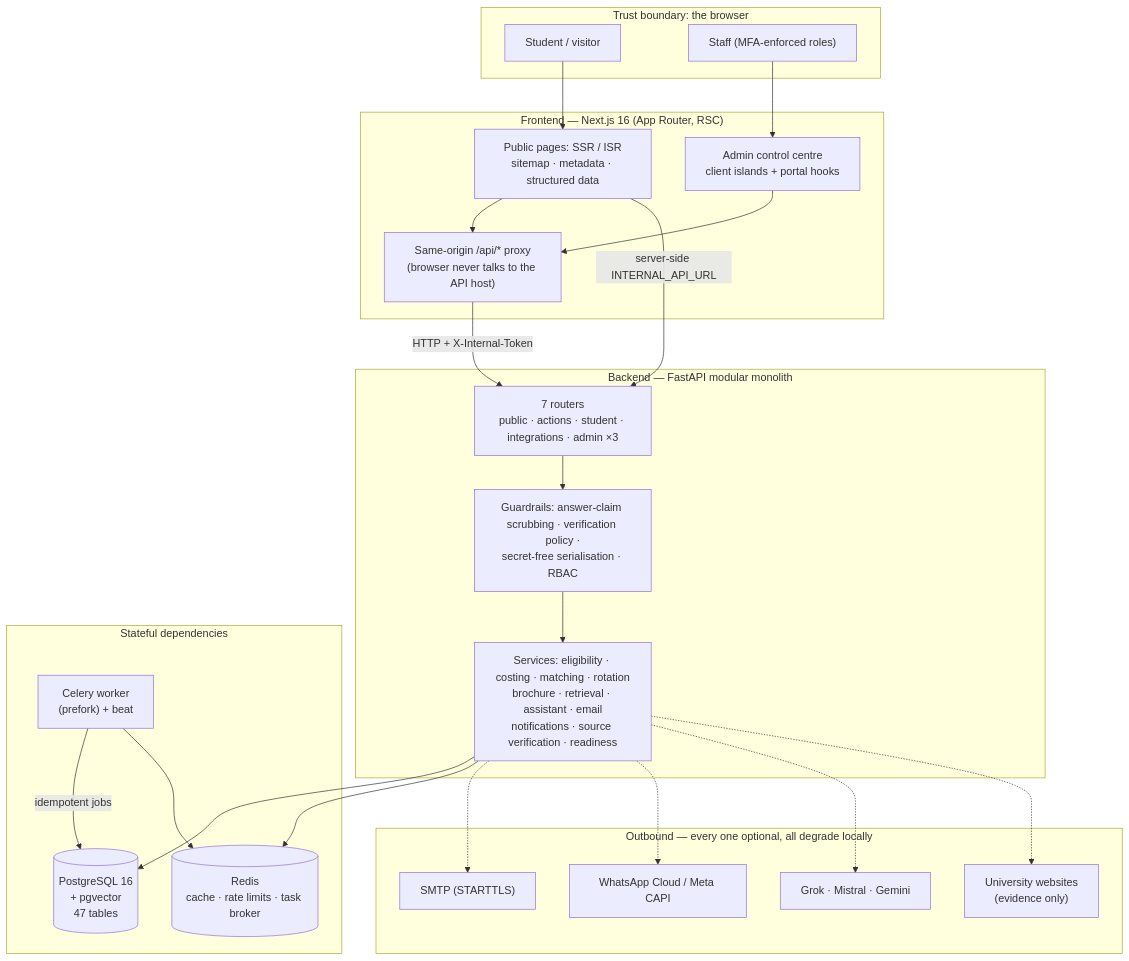
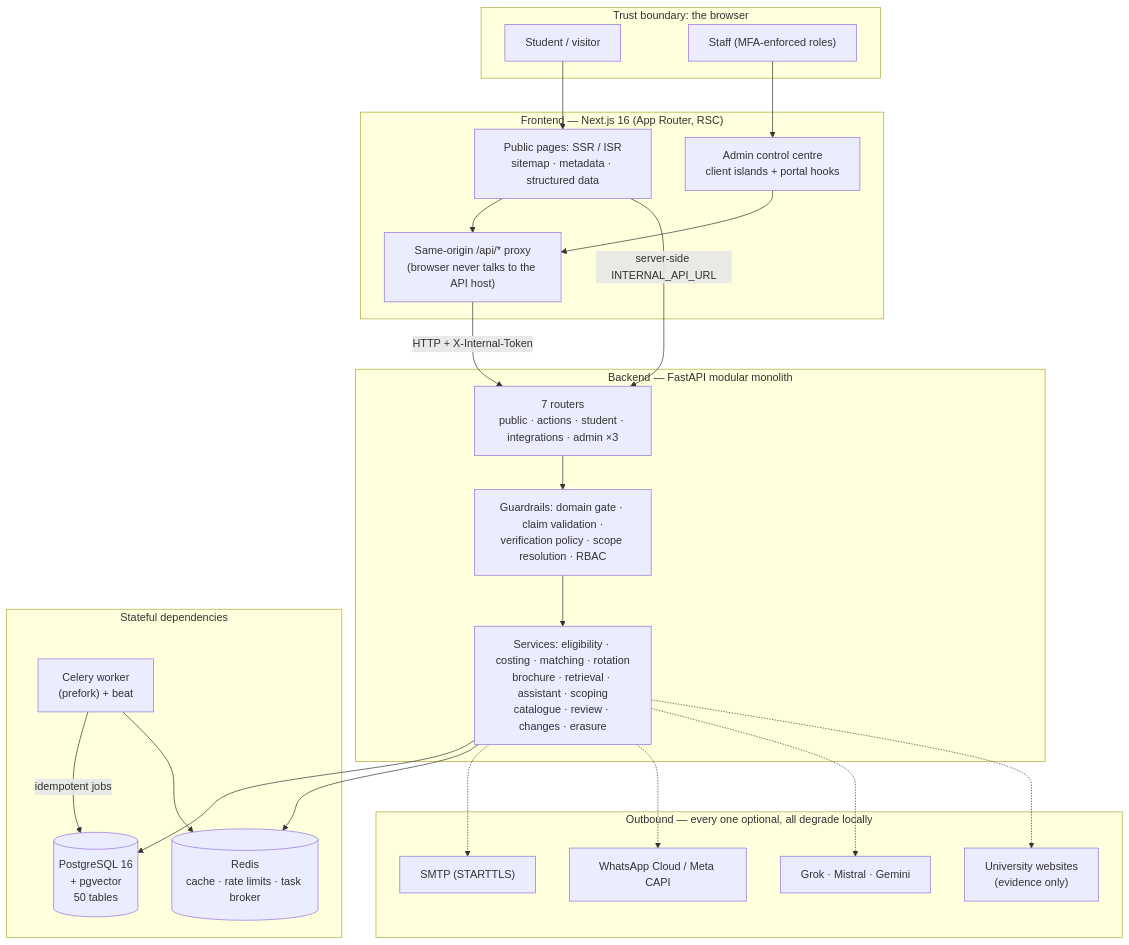
The diagram in README.md (redwanahmedkhan18/scholora), drawn with Mermaid before and after one commit. The commit also changed other lines of this file and 2 other files, not shown here.

````diff
--- a/README.md
+++ b/README.md
@@ -50,49 +40,49 @@
 ```mermaid
 flowchart TB
     subgraph browser["Trust boundary: the browser"]
         student["Student / visitor"]
         staff["Staff (MFA-enforced roles)"]
     end
 
     subgraph edge["Frontend — Next.js 16 (App Router, RSC)"]
         pages["Public pages: SSR / ISR<br/>sitemap · metadata · structured data"]
         adminui["Admin control centre<br/>client islands + portal hooks"]
         proxy["Same-origin /api/* proxy<br/>(browser never talks to the API host)"]
     end
 
     subgraph api["Backend — FastAPI modular monolith"]
         routers["7 routers<br/>public · actions · student · integrations · admin ×3"]
-        services["Services: eligibility · costing · matching · rotation<br/>brochure · retrieval · assistant · email<br/>notifications · source verification · readiness"]
-        guard["Guardrails: answer-claim scrubbing · verification policy ·<br/>secret-free serialisation · RBAC"]
+        services["Services: eligibility · costing · matching · rotation<br/>brochure · retrieval · assistant · scoping<br/>catalogue · review · changes · erasure"]
+        guard["Guardrails: domain gate · claim validation ·<br/>verification policy · scope resolution · RBAC"]
     end
 
     subgraph data["Stateful dependencies"]
-        pg[("PostgreSQL 16<br/>+ pgvector<br/>47 tables")]
+        pg[("PostgreSQL 16<br/>+ pgvector<br/>50 tables")]
         cache[("Redis<br/>cache · rate limits · task broker")]
         worker["Celery worker<br/>(prefork) + beat"]
     end
 
     subgraph out["Outbound — every one optional, all degrade locally"]
         mail["SMTP (STARTTLS)"]
         wa["WhatsApp Cloud / Meta CAPI"]
         llm["Grok · Mistral · Gemini"]
         sites["University websites<br/>(evidence only)"]
     end
 
     student --> pages
     staff --> adminui
     pages --> proxy
     adminui --> proxy
     proxy -->|"HTTP + X-Internal-Token"| routers
     pages -->|"server-side INTERNAL_API_URL"| routers
     routers --> guard
     guard --> services
     services --> pg
     services --> cache
     worker -->|"idempotent jobs"| pg
     worker --> cache
     services -.-> mail
     services -.-> wa
     services -.-> llm
     services -.-> sites
 ```
````
